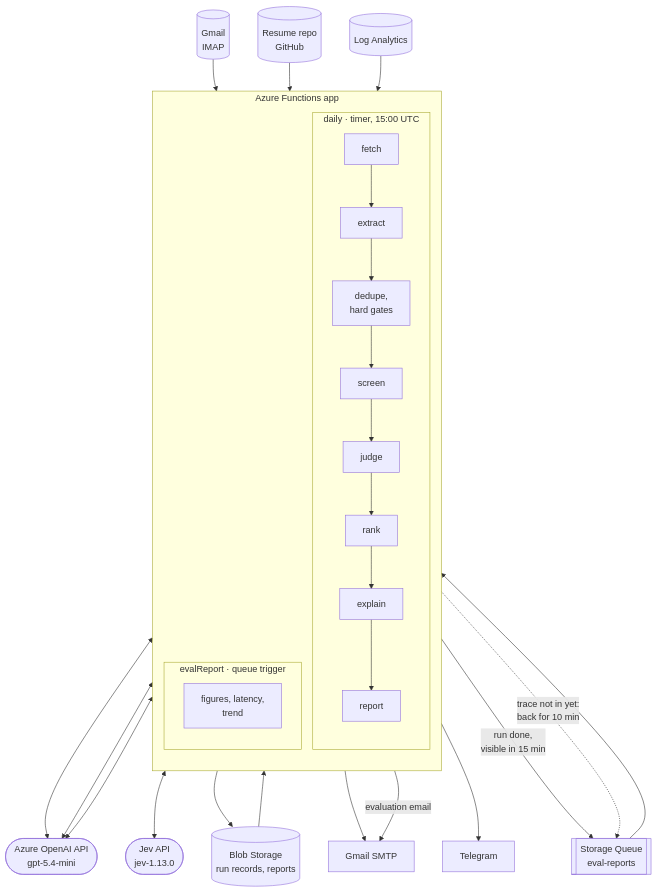
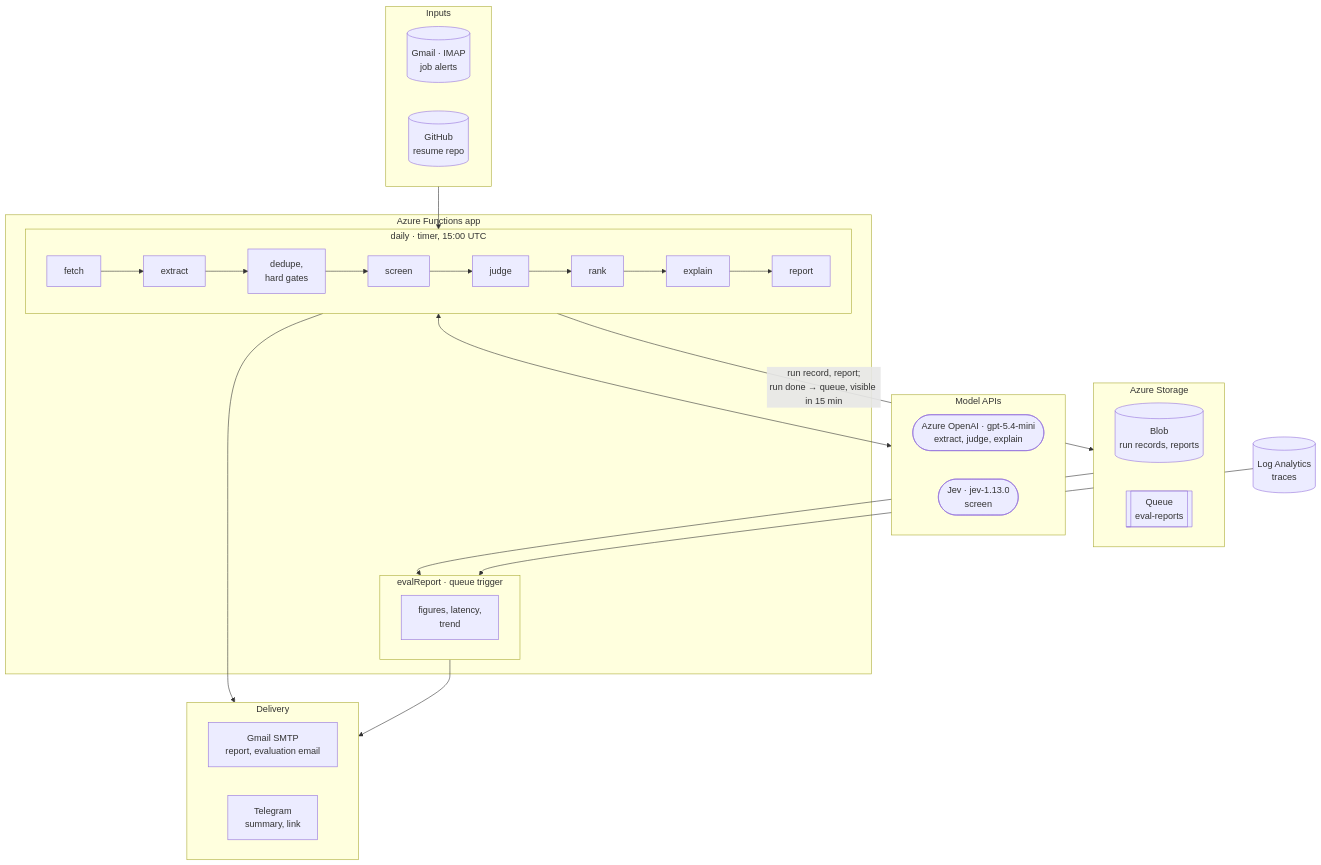
The diagram in README.md (PCBZ/job-scan), drawn with Mermaid before and after one commit.

Commit message:
docs(readme): link the architecture diagram's groups, so each stays readable

````diff
--- a/README.md
+++ b/README.md
@@ -29,33 +29,47 @@
 ```mermaid
 flowchart TB
-  gmail[(Gmail<br/>IMAP)]
-  github[(Resume repo<br/>GitHub)]
-  openai([Azure OpenAI API<br/>gpt-5.4-mini])
-  jev([Jev API<br/>jev-1.13.0])
+  subgraph inputs [Inputs]
+    direction LR
+    gmail[(Gmail · IMAP<br/>job alerts)]
+    github[(GitHub<br/>resume repo)]
+  end
 
   subgraph app [Azure Functions app]
-    direction TB
-    subgraph daily [daily · timer, 15:00 UTC]
+    subgraph daily ["daily · timer, 15:00 UTC"]
+      direction LR
       fetch --> extract --> gates[dedupe,<br/>hard gates] --> screen --> judge --> rank --> explain --> report
     end
-    subgraph evalfn [evalReport · queue trigger]
+    subgraph evalfn ["evalReport · queue trigger"]
+      direction LR
       evaluate[figures, latency,<br/>trend]
     end
   end
 
-  queue[[Storage Queue<br/>eval-reports]]
-  blob[(Blob Storage<br/>run records, reports)]
-  logs[(Log Analytics)]
-  smtp[Gmail SMTP]
-  tg[Telegram]
+  subgraph apis [Model APIs]
+    direction LR
+    openai([Azure OpenAI · gpt-5.4-mini<br/>extract, judge, explain])
+    jev([Jev · jev-1.13.0<br/>screen])
+  end
 
-  gmail --> fetch
-  github --> judge
-  extract & judge & explain <--> openai
-  screen <--> jev
-  report --> blob & smtp & tg
-  report -- "run done,<br/>visible in 15 min" --> queue --> evaluate
-  evaluate -. "trace not in yet:<br/>back for 10 min" .-> queue
-  blob & logs --> evaluate
-  evaluate -- "evaluation email" --> smtp
+  subgraph storage [Azure Storage]
+    direction LR
+    blob[(Blob<br/>run records, reports)]
+    queue[[Queue<br/>eval-reports]]
+  end
+
+  subgraph out [Delivery]
+    direction LR
+    smtp[Gmail SMTP<br/>report, evaluation email]
+    tg[Telegram<br/>summary, link]
+  end
+
+  logs[(Log Analytics<br/>traces)]
+
+  inputs --> daily
+  daily <--> apis
+  daily -- "run record, report;<br/>run done → queue, visible in 15 min" --> storage
+  storage --> evalfn
+  logs --> evalfn
+  daily --> out
+  evalfn --> out
 ```
````
